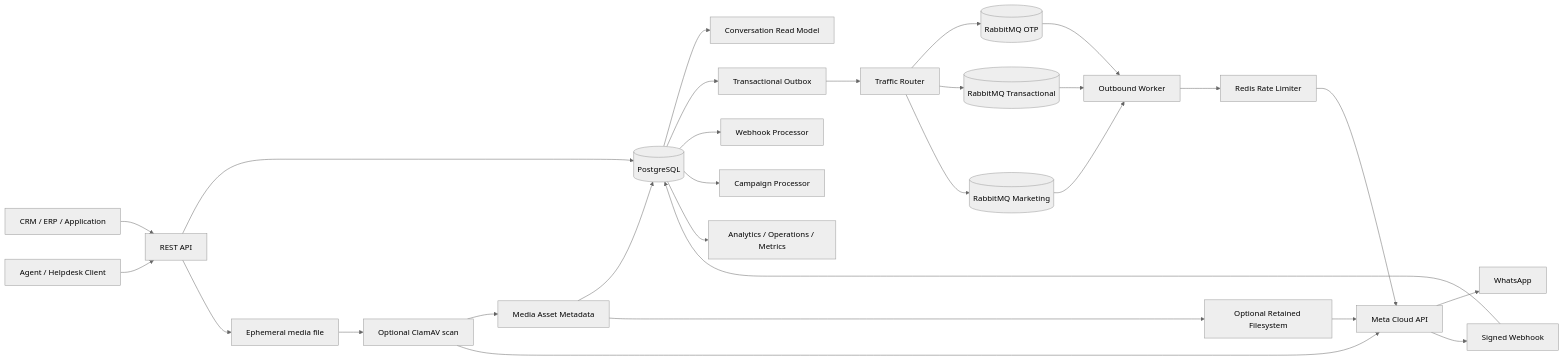
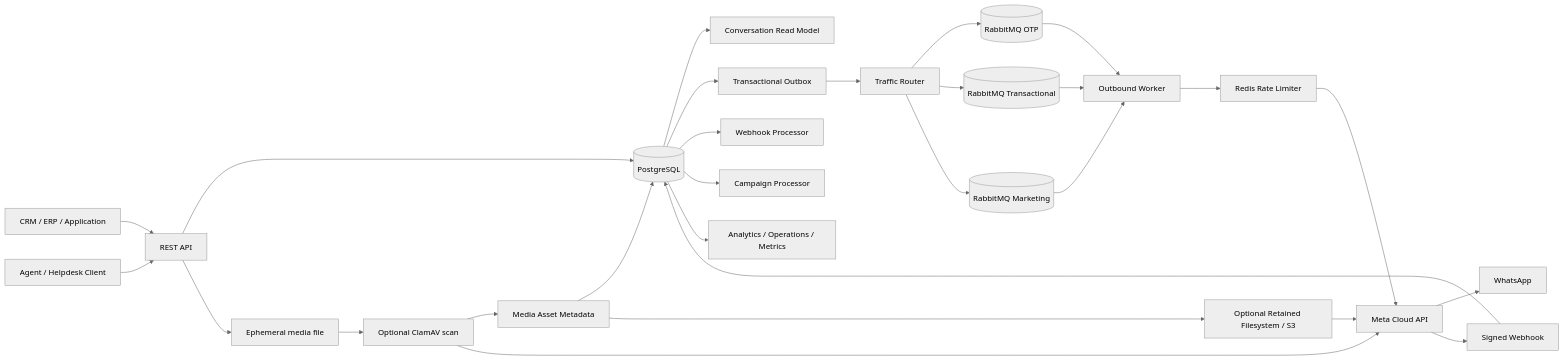
Before and after one commit to netctc/apiWhatsApp: the diagram in README.md, drawn with Mermaid (neutral theme). The commit also changed other lines of this file, not shown here.

Commit message:
docs: expose S3 retained media capability

````diff
--- a/README.md
+++ b/README.md
@@ -42,30 +42,30 @@
 ```mermaid
 flowchart LR
     Client[CRM / ERP / Application] --> API[REST API]
     Agent[Agent / Helpdesk Client] --> API
     API --> DB[(PostgreSQL)]
     API --> Temp[Ephemeral media file]
     Temp --> Scan[Optional ClamAV scan]
     Scan --> MediaRegistry[Media Asset Metadata]
     MediaRegistry --> DB
-    MediaRegistry --> Store[Optional Retained Filesystem]
+    MediaRegistry --> Store[Optional Retained Filesystem / S3]
     Store --> Meta[Meta Cloud API]
     Scan --> Meta
     DB --> Inbox[Conversation Read Model]
     DB --> Outbox[Transactional Outbox]
     Outbox --> Router[Traffic Router]
     Router --> OTP[(RabbitMQ OTP)]
     Router --> TX[(RabbitMQ Transactional)]
     Router --> MKT[(RabbitMQ Marketing)]
     OTP --> Worker[Outbound Worker]
     TX --> Worker
     MKT --> Worker
     Worker --> Rate[Redis Rate Limiter]
     Rate --> Meta
     Meta --> WhatsApp[WhatsApp]
     Meta --> Webhook[Signed Webhook]
     Webhook --> DB
     DB --> WebhookProcessor[Webhook Processor]
     DB --> CampaignProcessor[Campaign Processor]
     DB --> Analytics[Analytics / Operations / Metrics]
 ```
````
